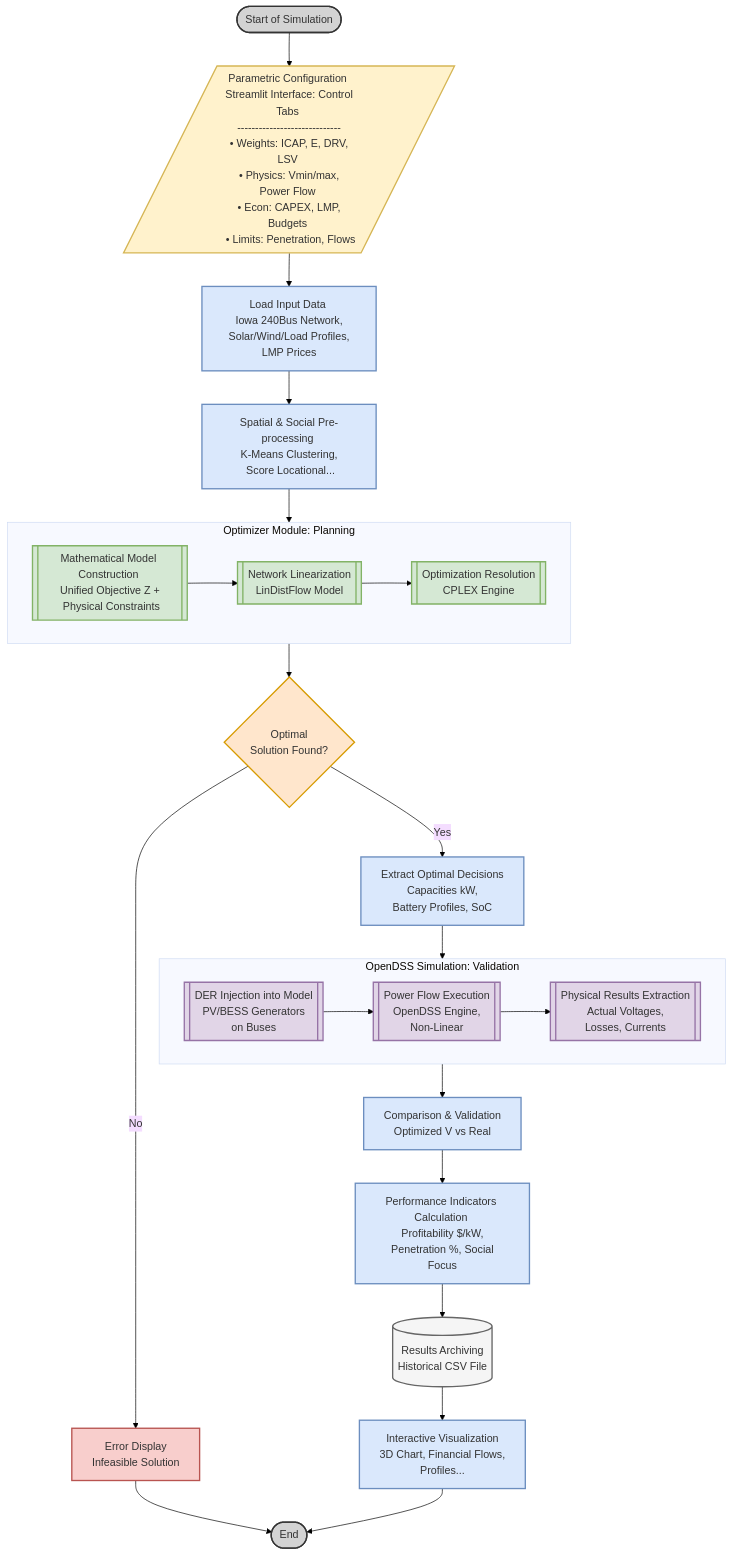
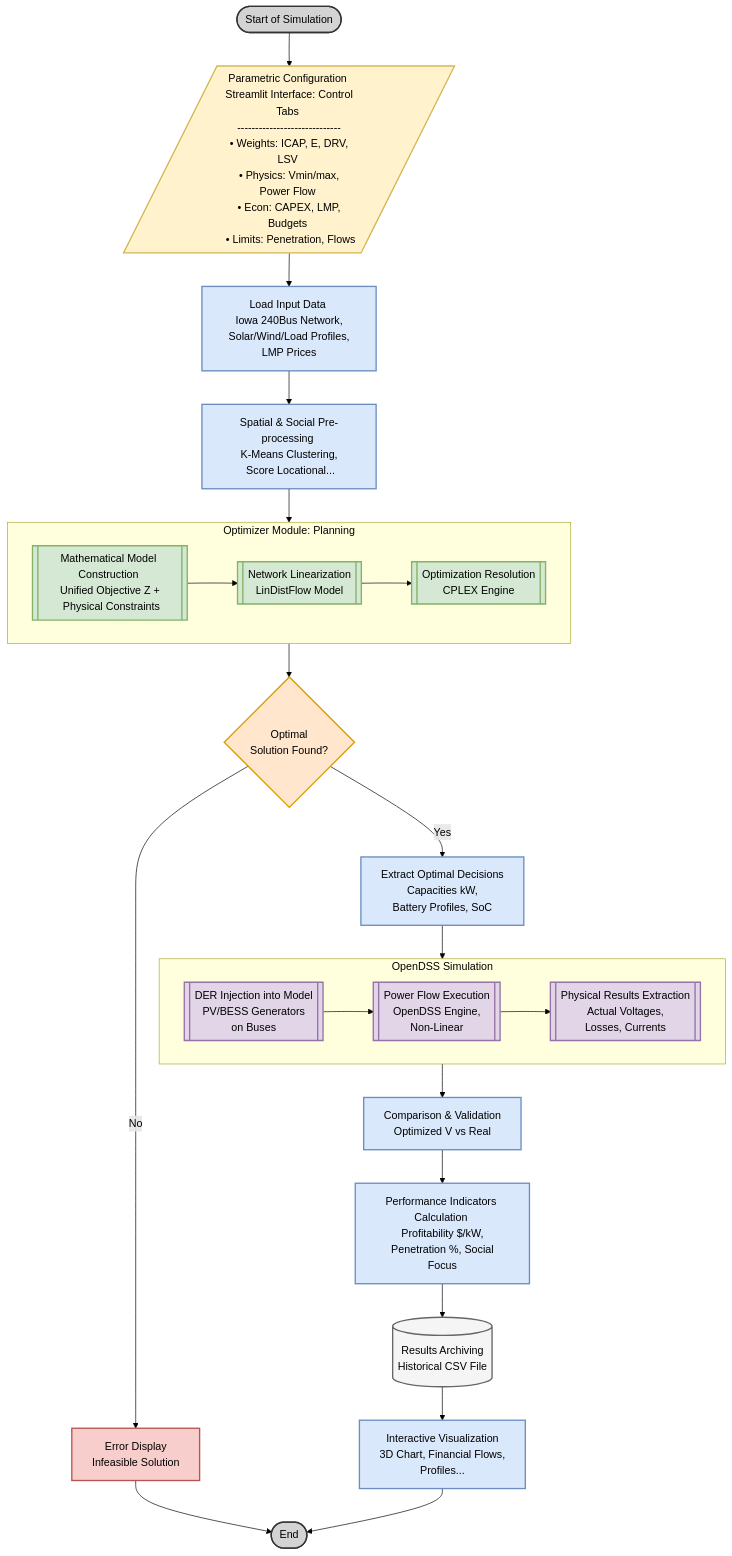
Before and after one commit to KaueKennedy/stochastic-vder-optimization: the diagram in flowchart.mermaid, drawn with Mermaid. The commit also changed 15 other files, not shown here.

```diff
--- a/flowchart.mermaid
+++ b/flowchart.mermaid
@@ -1,98 +1,98 @@
-%%{init: {'theme': 'base', 'themeVariables': { 'textColor': '#000', 'lineColor': '#000'}}}%%
+%%{init: {'theme': 'default', 'themeVariables': { 'textColor': '#000', 'lineColor': '#000'}}}%%
 
 flowchart TD
     
     %% Nodes Definition
     Start([Start of Simulation])
     
     %% Input Block
     Config[/Parametric Configuration <br/> Streamlit Interface: Control Tabs <br/> ----------------------------- <br/> • Weights: ICAP, E, DRV, LSV <br/> • Physics: Vmin/max, Power Flow <br/> • Econ: CAPEX, LMP, Budgets <br/> • Limits: Penetration, Flows/]
     
     DataLoad[Load Input Data <br/> Iowa 240Bus Network, <br/> Solar/Wind/Load Profiles, LMP Prices]
     
     PreProc[Spatial & Social Pre-processing <br/> K-Means Clustering, <br/> Score Locational...]
 
     %% Subgraph: Optimizer Module
     subgraph OptimizerModule [Optimizer Module: Planning]
         direction LR
         MathModel[[Mathematical Model Construction <br/> Unified Objective Z + <br/> Physical Constraints]]
         LinDist[[Network Linearization <br/> LinDistFlow Model]]
         Solver[[Optimization Resolution <br/> CPLEX Engine]]
         
         MathModel --> LinDist --> Solver
     end
 
     %% Decision Point
     OptimalCheck{Optimal <br/> Solution Found?}
     
     %% Error Path
     ErrorDisp[Error Display <br/> Infeasible Solution]
     
     %% Success Path
     ExtractDec[Extract Optimal Decisions <br/> Capacities kW, <br/> Battery Profiles, SoC]
 
     %% Subgraph: Digital Simulation
-    subgraph DigitalTwin [OpenDSS Simulation: Validation]
+    subgraph DigitalTwin [OpenDSS Simulation]
         direction LR
         InjectDER[[DER Injection into Model <br/> PV/BESS Generators <br/> on Buses]]
         PowerFlow[[Power Flow Execution <br/> OpenDSS Engine, <br/> Non-Linear]]
         ExtractPhys[[Physical Results Extraction <br/> Actual Voltages, <br/> Losses, Currents]]
         
         InjectDER --> PowerFlow --> ExtractPhys
     end
 
     %% Post-Processing
     Compare[Comparison & Validation <br/> Optimized V vs Real]
     
     KPIs[Performance Indicators Calculation <br/> Profitability $/kW, <br/> Penetration %, Social Focus]
     
     Archive[(Results Archiving <br/> Historical CSV File)]
     
     Viz[Interactive Visualization <br/> 3D Chart, Financial Flows, <br/> Profiles...]
     
     EndNode([End])
 
     %% Connections / Flow
     Start --> Config
     Config --> DataLoad
     DataLoad --> PreProc
     PreProc --> OptimizerModule
     
     OptimizerModule --> OptimalCheck
     
     %% Decision Logic
     OptimalCheck -- No --> ErrorDisp
     ErrorDisp --> EndNode
     
     OptimalCheck -- Yes --> ExtractDec
     ExtractDec --> DigitalTwin
     
     DigitalTwin --> Compare
     Compare --> KPIs
     KPIs --> Archive
     Archive --> Viz
     Viz --> EndNode
 
     %% Styling (Optional - to match the professional look)
     style Start fill:#d3d3d3,stroke:#333,stroke-width:2px
     style Config fill:#fff2cc,stroke:#d6b656,stroke-width:2px
     style DataLoad fill:#dae8fc,stroke:#6c8ebf,stroke-width:2px
     style PreProc fill:#dae8fc,stroke:#6c8ebf,stroke-width:2px
     
     style MathModel fill:#d5e8d4,stroke:#82b366,stroke-width:2px
     style LinDist fill:#d5e8d4,stroke:#82b366,stroke-width:2px
     style Solver fill:#d5e8d4,stroke:#82b366,stroke-width:2px
     
     style OptimalCheck fill:#ffe6cc,stroke:#d79b00,stroke-width:2px
     style ErrorDisp fill:#f8cecc,stroke:#b85450,stroke-width:2px
     style ExtractDec fill:#dae8fc,stroke:#6c8ebf,stroke-width:2px
     
     style InjectDER fill:#e1d5e7,stroke:#9673a6,stroke-width:2px
     style PowerFlow fill:#e1d5e7,stroke:#9673a6,stroke-width:2px
     style ExtractPhys fill:#e1d5e7,stroke:#9673a6,stroke-width:2px
     
     style Compare fill:#dae8fc,stroke:#6c8ebf,stroke-width:2px
     style KPIs fill:#dae8fc,stroke:#6c8ebf,stroke-width:2px
     style Archive fill:#f5f5f5,stroke:#666,stroke-width:2px,shape:cylinder
     style Viz fill:#dae8fc,stroke:#6c8ebf,stroke-width:2px
     style EndNode fill:#d3d3d3,stroke:#333,stroke-width:2px
```
